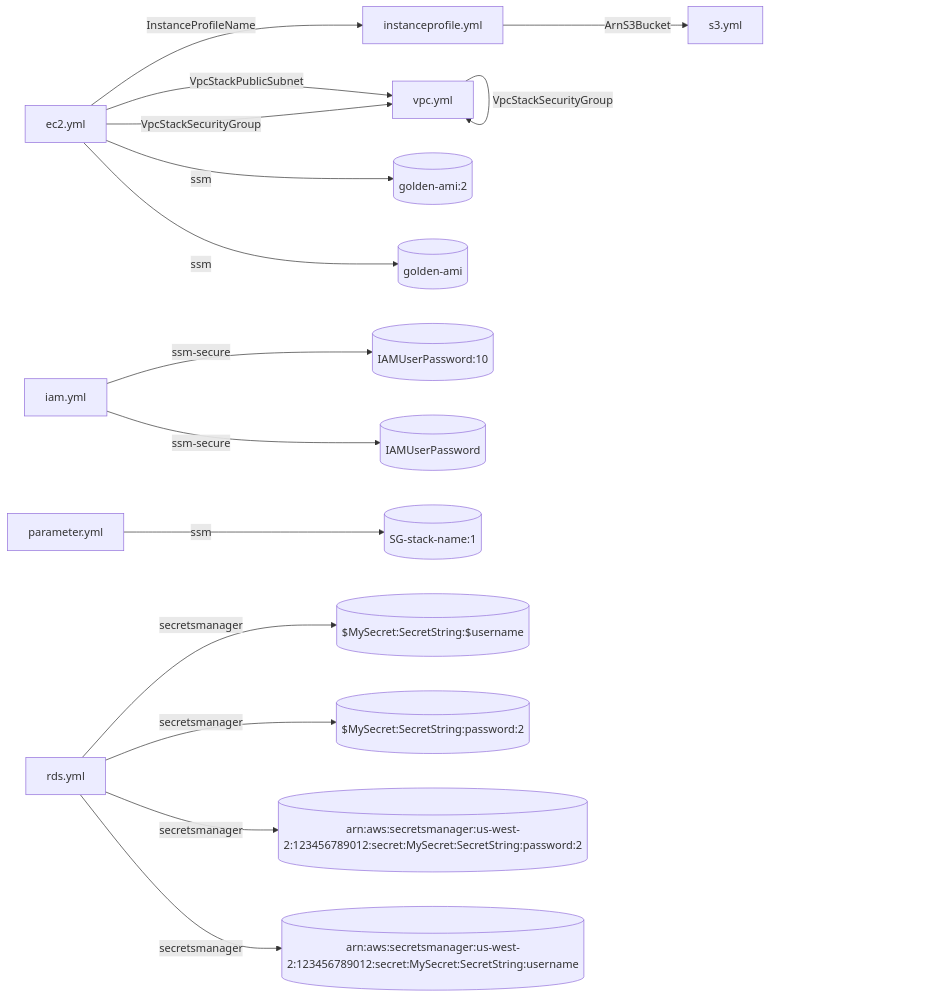
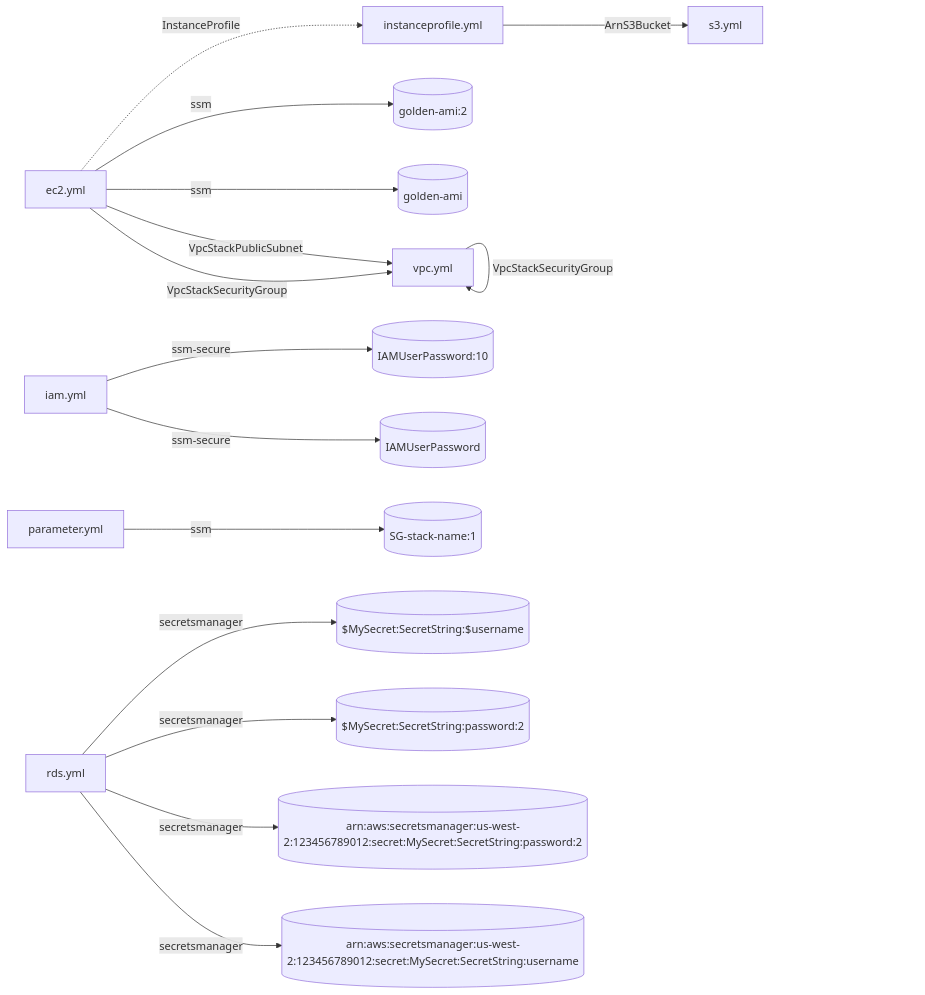
The diagram in examples/yml/result.md (jay34986/cfn-template-dependency-visualization), drawn with Mermaid before and after one commit. The commit also changed 12 other files, not shown here.

````diff
--- a/examples/yml/result.md
+++ b/examples/yml/result.md
@@ -3,18 +3,18 @@
 ```mermaid
 graph LR
-    ec2.yml-->|InstanceProfileName|instanceprofile.yml
     ec2.yml-->|VpcStackPublicSubnet|vpc.yml
     ec2.yml-->|VpcStackSecurityGroup|vpc.yml
     ec2.yml-->|ssm|golden-ami:2[(golden-ami:2)]
     ec2.yml-->|ssm|golden-ami[(golden-ami)]
+    ec2.yml-. InstanceProfile .->instanceprofile.yml
     iam.yml-->|ssm-secure|IAMUserPassword:10[(IAMUserPassword:10)]
     iam.yml-->|ssm-secure|IAMUserPassword[(IAMUserPassword)]
     instanceprofile.yml-->|ArnS3Bucket|s3.yml
     parameter.yml-->|ssm|SG-stack-name:1[(SG-stack-name:1)]
     rds.yml-->|secretsmanager|$MySecret:SecretString:$username[($MySecret:SecretString:$username)]
     rds.yml-->|secretsmanager|$MySecret:SecretString:password:2[($MySecret:SecretString:password:2)]
     rds.yml-->|secretsmanager|arn:aws:secretsmanager:us-west-2:123456789012:secret:MySecret:SecretString:password:2[(arn:aws:secretsmanager:us-west-2:123456789012:secret:MySecret:SecretString:password:2)]
     rds.yml-->|secretsmanager|arn:aws:secretsmanager:us-west-2:123456789012:secret:MySecret:SecretString:username[(arn:aws:secretsmanager:us-west-2:123456789012:secret:MySecret:SecretString:username)]
     vpc.yml-->|VpcStackPublicSubnet|vpc.yml
     vpc.yml-->|VpcStackSecurityGroup|vpc.yml
 ```
````
